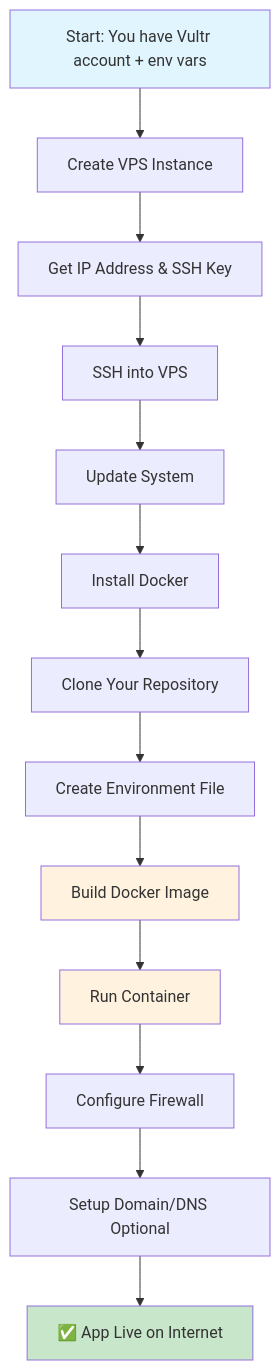
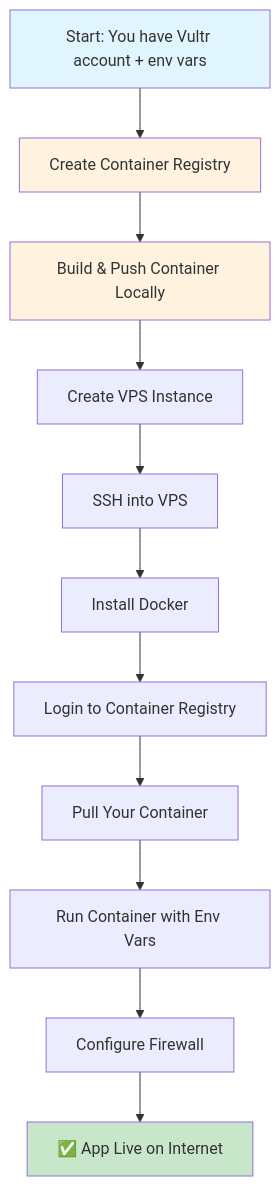
The second of 4 diagrams in VPS-vultr-deployment-guide.md (mousberg/le-commit), drawn with Mermaid before and after one commit. The commit also changed other lines of this file, not shown here.

First line of the commit message:
Update deployment guide for Vultr Container Registry

````diff
--- a/VPS-vultr-deployment-guide.md
+++ b/VPS-vultr-deployment-guide.md
@@ -26,20 +36,18 @@
 ```mermaid
 flowchart TD
-    A[Start: You have Vultr account + env vars] --> B[Create VPS Instance]
-    B --> C[Get IP Address & SSH Key]
-    C --> D[SSH into VPS]
-    D --> E[Update System]
+    A[Start: You have Vultr account + env vars] --> B[Create Container Registry]
+    B --> C[Build & Push Container Locally]
+    C --> D[Create VPS Instance]
+    D --> E[SSH into VPS]
     E --> F[Install Docker]
-    F --> G[Clone Your Repository]
-    G --> H[Create Environment File]
-    H --> I[Build Docker Image]
-    I --> J[Run Container]
-    J --> K[Configure Firewall]
-    K --> L[Setup Domain/DNS Optional]
-    L --> M[✅ App Live on Internet]
+    F --> G[Login to Container Registry]
+    G --> H[Pull Your Container]
+    H --> I[Run Container with Env Vars]
+    I --> J[Configure Firewall]
+    J --> K[✅ App Live on Internet]
     
     style A fill:#e1f5fe
-    style M fill:#c8e6c9
-    style I fill:#fff3e0
-    style J fill:#fff3e0
+    style B fill:#fff3e0
+    style C fill:#fff3e0
+    style K fill:#c8e6c9
 ```
````
